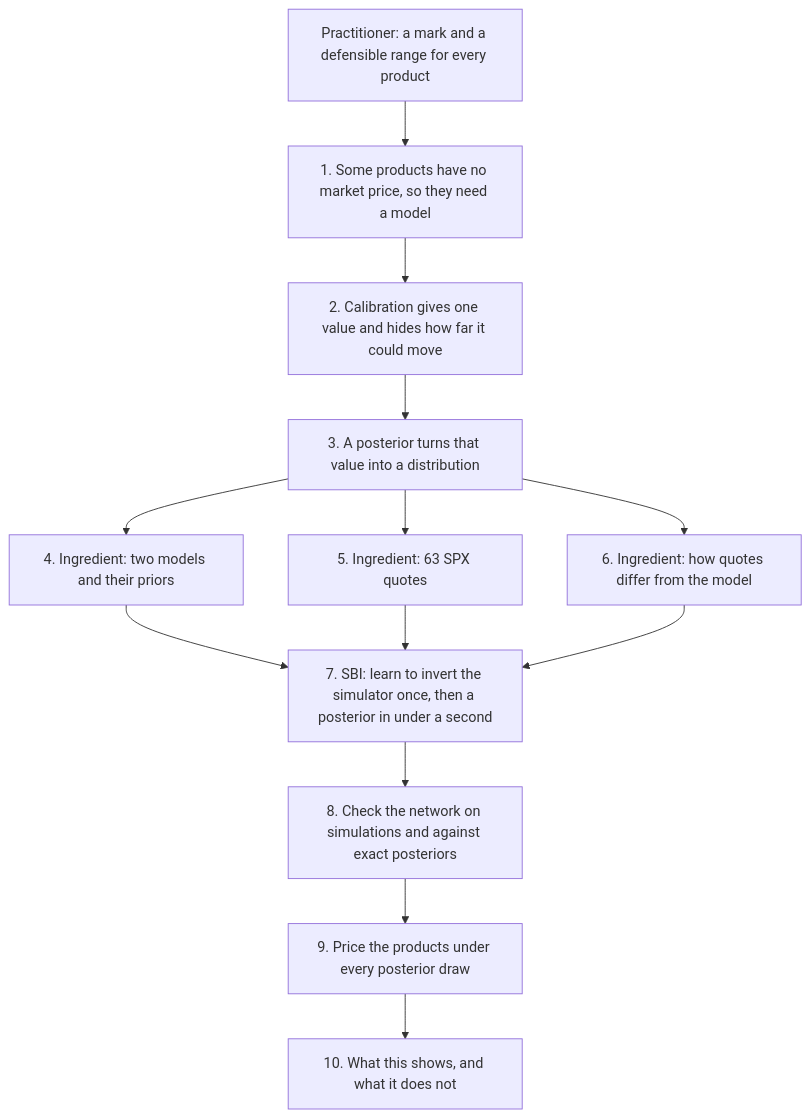
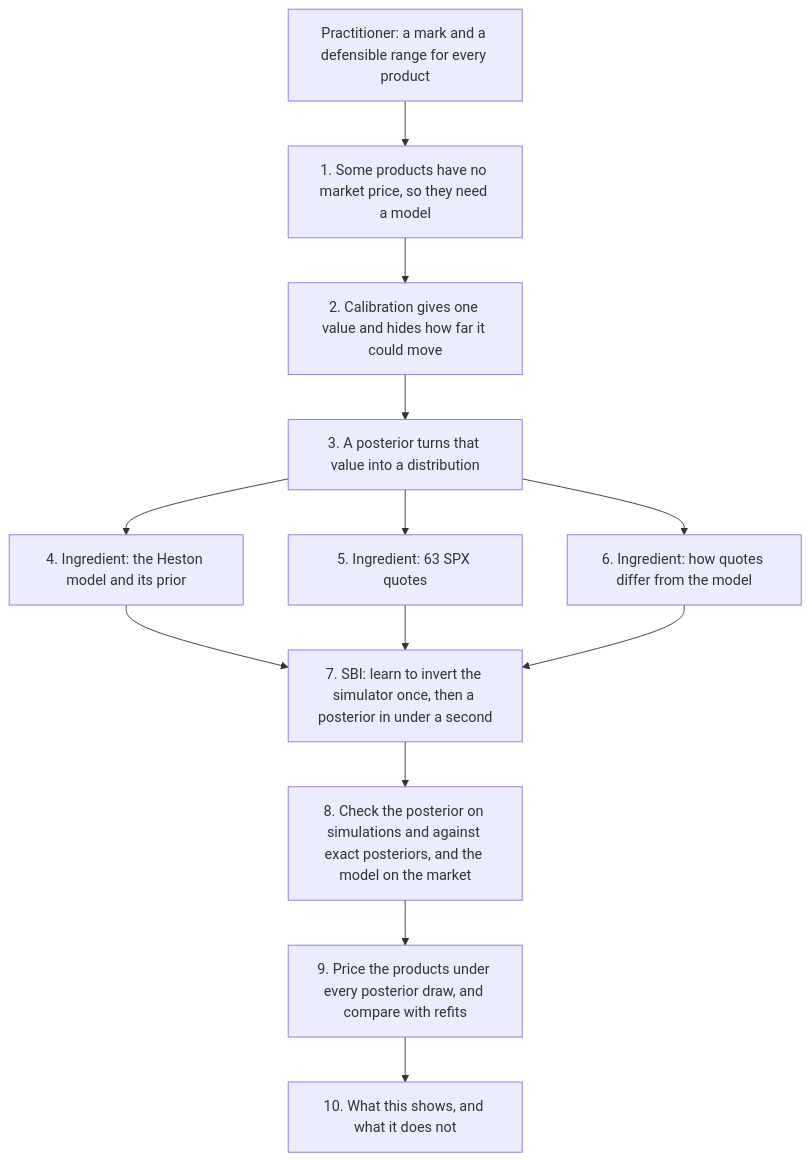
One commit to fmuia/sbi4finance changed the diagram in lab/plans/option-application/1-overview.md. Above: the diagram before and after it, drawn with Mermaid. The commit also changed other lines of this file and 22 other files, not shown here.

````diff
--- a/lab/plans/option-application/1-overview.md
+++ b/lab/plans/option-application/1-overview.md
@@ -41,15 +42,15 @@
 ```mermaid
 flowchart TD
   P["Practitioner: a mark and a defensible range for every product"] --> S1["1. Some products have no market price, so they need a model"]
   S1 --> S2["2. Calibration gives one value and hides how far it could move"]
   S2 --> S3["3. A posterior turns that value into a distribution"]
-  S3 --> S4["4. Ingredient: two models and their priors"]
+  S3 --> S4["4. Ingredient: the Heston model and its prior"]
   S3 --> S5["5. Ingredient: 63 SPX quotes"]
   S3 --> S6["6. Ingredient: how quotes differ from the model"]
   S4 --> S7["7. SBI: learn to invert the simulator once, then a posterior in under a second"]
   S5 --> S7
   S6 --> S7
-  S7 --> S8["8. Check the network on simulations and against exact posteriors"]
-  S8 --> S9["9. Price the products under every posterior draw"]
+  S7 --> S8["8. Check the posterior on simulations and against exact posteriors, and the model on the market"]
+  S8 --> S9["9. Price the products under every posterior draw, and compare with refits"]
   S9 --> S10["10. What this shows, and what it does not"]
 ```
````
